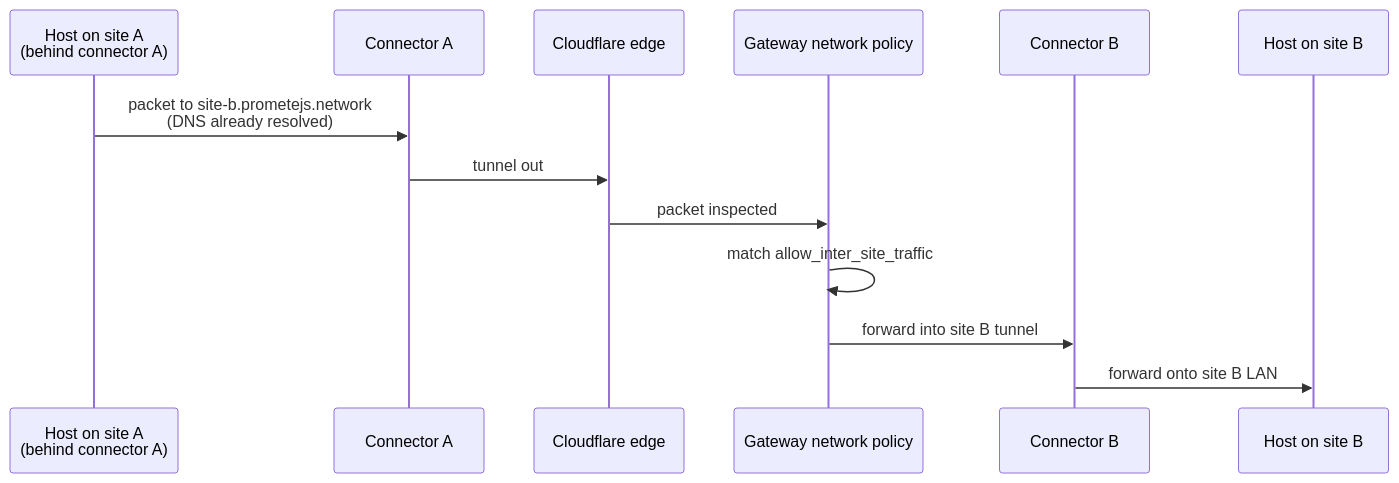
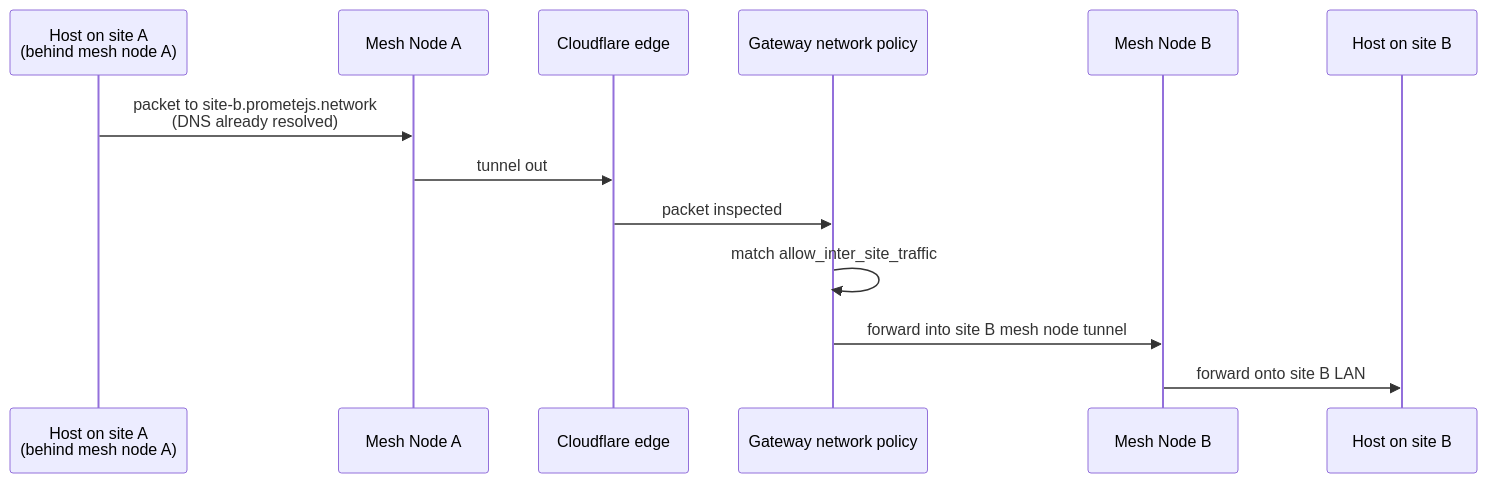
One commit to prometejs/cf-mesh-terraform-infra changed the second of 2 diagrams in NOTES.md. Above: the diagram before and after it, drawn with Mermaid. The commit also changed other lines of this file and 18 other files, not shown here.

````diff
--- a/NOTES.md
+++ b/NOTES.md
@@ -110,15 +119,15 @@
 ```mermaid
 sequenceDiagram
-    participant HA as Host on site A<br/>(behind connector A)
-    participant TA as Connector A
+    participant HA as Host on site A<br/>(behind mesh node A)
+    participant TA as Mesh Node A
     participant CFE as Cloudflare edge
     participant GW as Gateway network policy
-    participant TB as Connector B
+    participant TB as Mesh Node B
     participant HB as Host on site B
     HA->>TA: packet to site-b.prometejs.network<br/>(DNS already resolved)
     TA->>CFE: tunnel out
     CFE->>GW: packet inspected
     GW->>GW: match allow_inter_site_traffic
-    GW->>TB: forward into site B tunnel
+    GW->>TB: forward into site B mesh node tunnel
     TB->>HB: forward onto site B LAN
 ```
````
